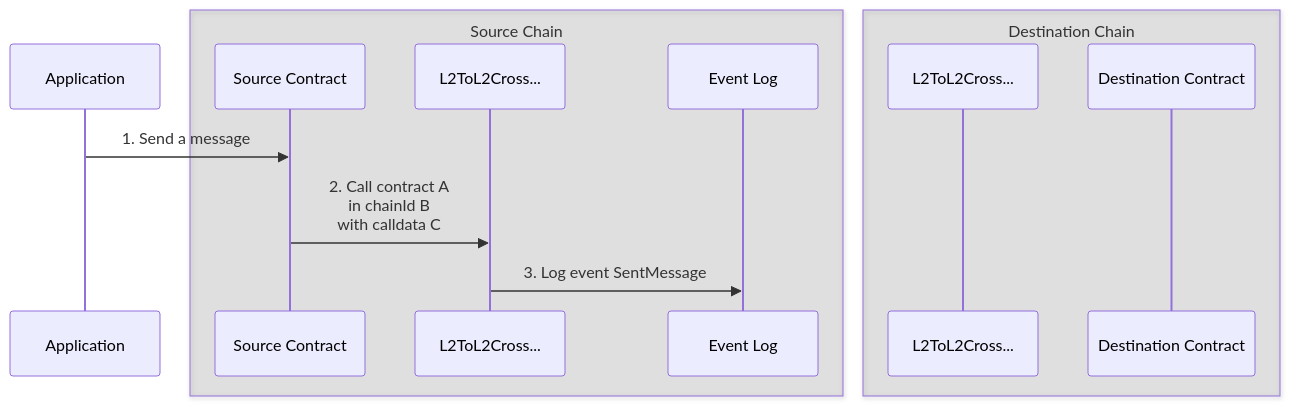
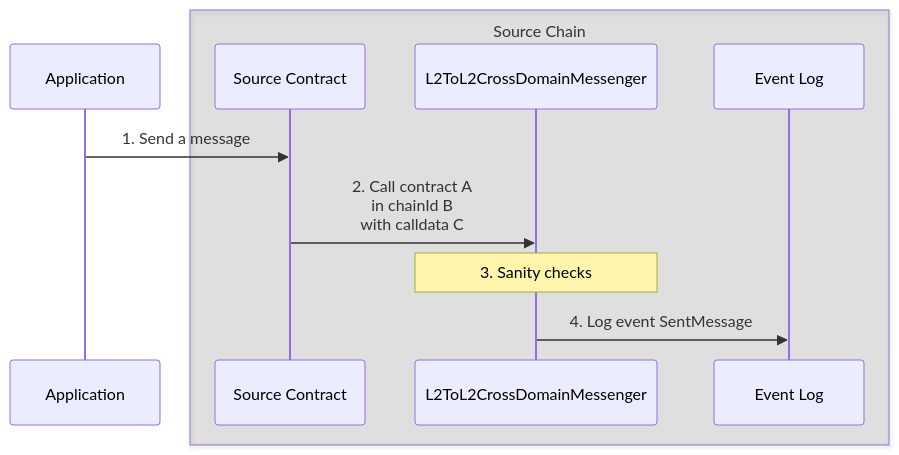
Before and after one commit to ethereum-optimism/docs: the first of 2 diagrams in pages/stack/interop/message-passing.mdx, drawn with Mermaid. The commit also changed other lines of this file, not shown here.

````diff
--- a/pages/stack/interop/message-passing.mdx
+++ b/pages/stack/interop/message-passing.mdx
@@ -21,18 +24,15 @@
 ```mermaid
 
 sequenceDiagram
     participant app as Application
     box rgba(0,0,0,0.1) Source Chain
       participant srcContract as Source Contract
-      participant srcXdom as L2ToL2Cross...
+      participant srcXdom as L2ToL2CrossDomainMessenger
       participant log as Event Log
-    end
-    box rgba(0,0,0,0.1) Destination Chain
-      participant dstXdom as L2ToL2Cross...
-      participant dstContract as Destination Contract
     end
     app->>srcContract: 1. Send a message
     srcContract->>srcXdom: 2. Call contract A<br/>in chainId B<br/>with calldata C
-    srcXdom->>log: 3. Log event SentMessage
+    note over srcXdom: 3. Sanity checks
+    srcXdom->>log: 4. Log event SentMessage
     
 ```
````
